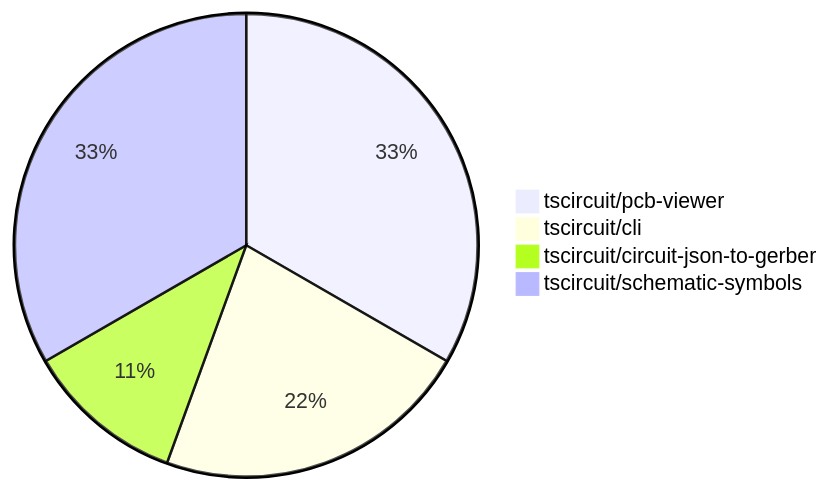
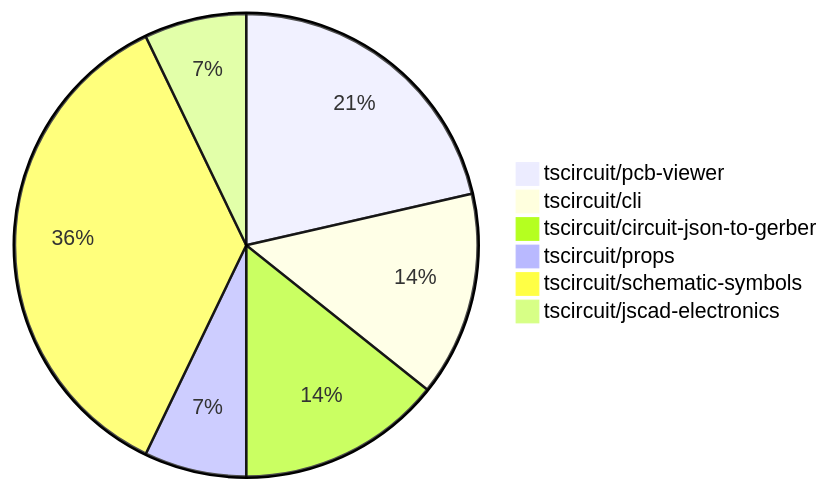
One commit to tscircuit/contribution-tracker changed the diagram in contribution-overviews/2024-09-28.md. Above: the diagram before and after it, drawn with Mermaid. The commit also changed other lines of this file and 1 other file, not shown here.

````diff
--- a/contribution-overviews/2024-09-28.md
+++ b/contribution-overviews/2024-09-28.md
@@ -5,7 +5,9 @@
 ```mermaid
 pie
     "tscircuit/pcb-viewer" : 3
     "tscircuit/cli" : 2
-    "tscircuit/circuit-json-to-gerber" : 1
-    "tscircuit/schematic-symbols" : 3
+    "tscircuit/circuit-json-to-gerber" : 2
+    "tscircuit/props" : 1
+    "tscircuit/schematic-symbols" : 5
+    "tscircuit/jscad-electronics" : 1
 ```
````
